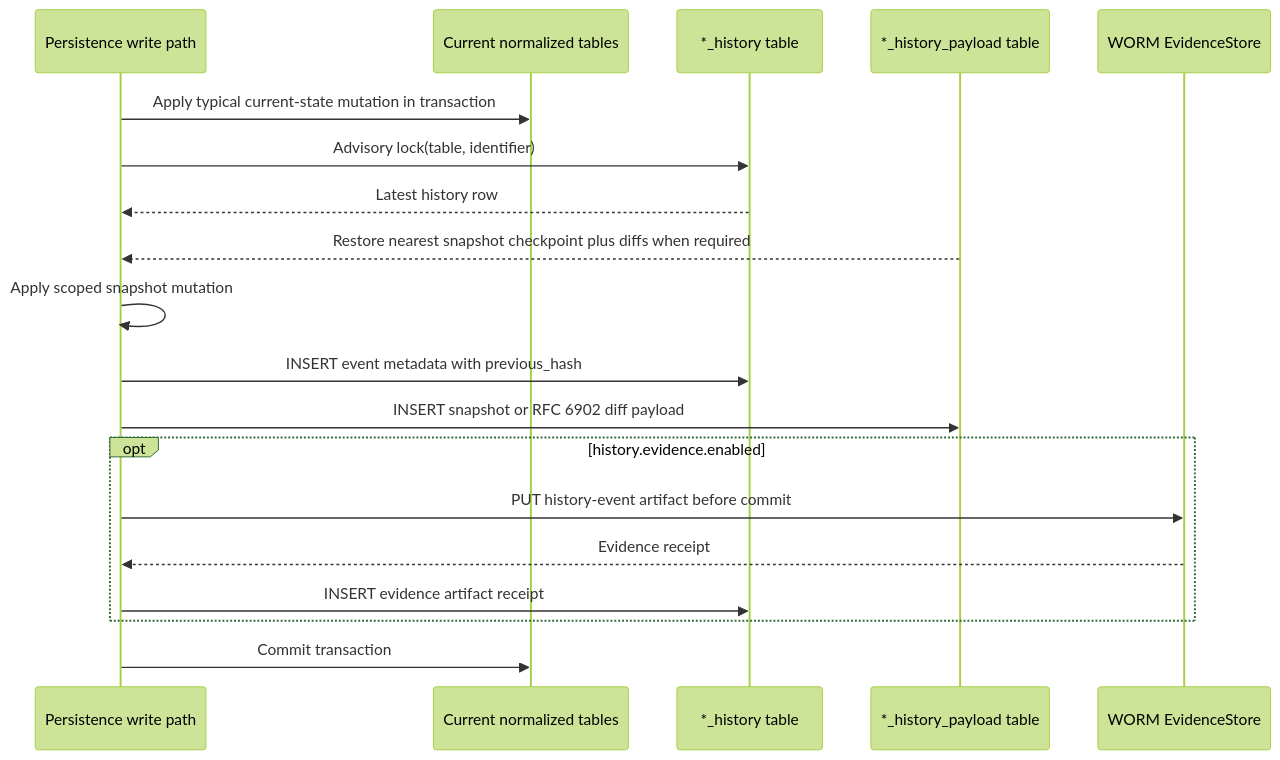
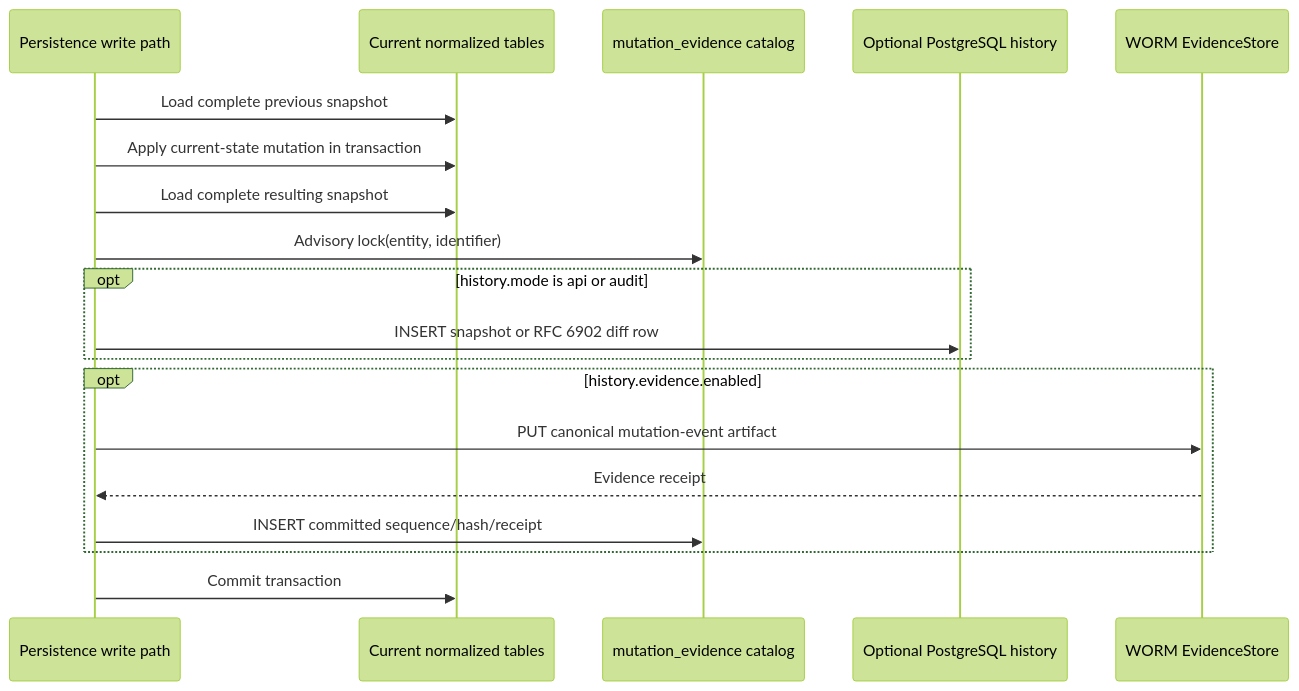
The first of 3 diagrams in docu/developer/aas_v3_2_runtime.md (eclipse-basyx/basyx-go-components), drawn with Mermaid (forest theme) before and after one commit. The commit also changed other lines of this file and 7 other files, not shown here.

````diff
--- a/docu/developer/aas_v3_2_runtime.md
+++ b/docu/developer/aas_v3_2_runtime.md
@@ -121,21 +121,21 @@
 ```mermaid
 sequenceDiagram
     participant API as Persistence write path
     participant Live as Current normalized tables
-    participant Metadata as *_history table
-    participant Payload as *_history_payload table
+    participant Catalog as mutation_evidence catalog
+    participant History as Optional PostgreSQL history
     participant Evidence as WORM EvidenceStore
-    API->>Live: Apply typical current-state mutation in transaction
-    API->>Metadata: Advisory lock(table, identifier)
-    Metadata-->>API: Latest history row
-    Payload-->>API: Restore nearest snapshot checkpoint plus diffs when required
-    API->>API: Apply scoped snapshot mutation
-    API->>Metadata: INSERT event metadata with previous_hash
-    API->>Payload: INSERT snapshot or RFC 6902 diff payload
+    API->>Live: Load complete previous snapshot
+    API->>Live: Apply current-state mutation in transaction
+    API->>Live: Load complete resulting snapshot
+    API->>Catalog: Advisory lock(entity, identifier)
+    opt history.mode is api or audit
+        API->>History: INSERT snapshot or RFC 6902 diff row
+    end
     opt history.evidence.enabled
-        API->>Evidence: PUT history-event artifact before commit
+        API->>Evidence: PUT canonical mutation-event artifact
         Evidence-->>API: Evidence receipt
-        API->>Metadata: INSERT evidence artifact receipt
+        API->>Catalog: INSERT committed sequence/hash/receipt
     end
     API->>Live: Commit transaction
 ```
````
